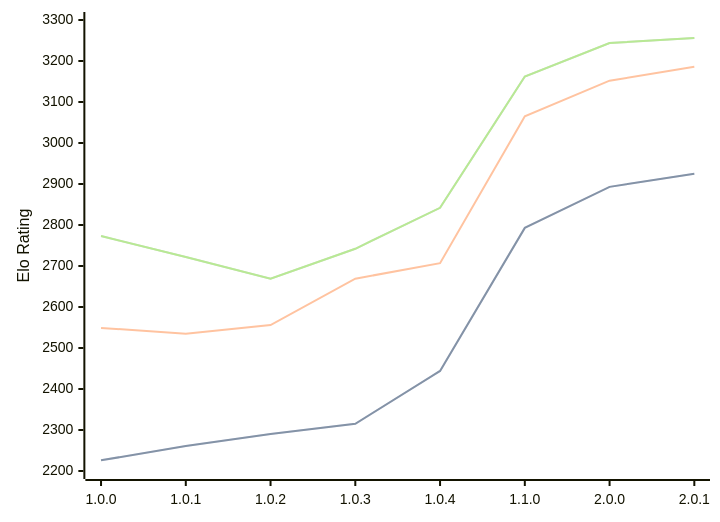
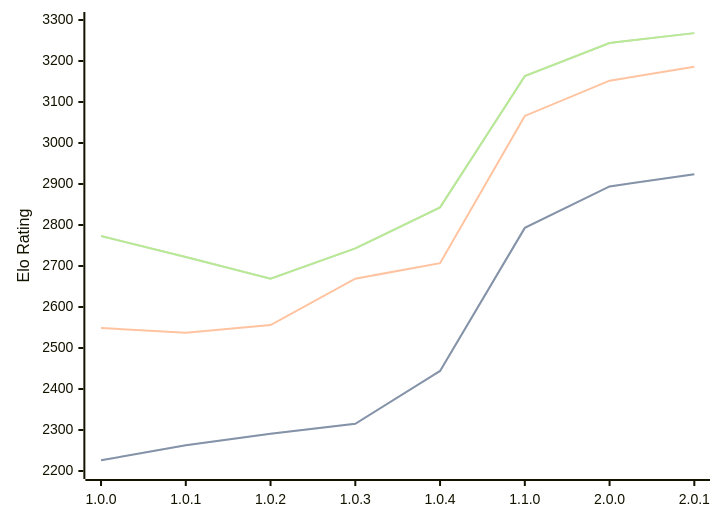
One commit to computer-chess-index/cci changed the third of 3 diagrams in engines/Grail.md. Above: the diagram before and after it, drawn with Mermaid. The commit also changed other lines of this file, not shown here.

Commit message:
Update CCI Ratings (ELO VLTC) - 2026-06-16

````diff
--- a/engines/Grail.md
+++ b/engines/Grail.md
@@ -71,11 +71,11 @@
 ```mermaid
 %%{init: {"theme":"base","themeVariables":{"seriesColors:['#a3a3a3','#222221','#faa371']}}}%%
 xychart-beta
   x-axis ["1.0.0", "1.0.1", "1.0.2", "1.0.3", "1.0.4", "1.1.0", "2.0.0", "2.0.1"]
   y-axis "Elo Rating" 2200 --> 3300
-  line "STC (8.0+0.08s)" [2226, 2261, 2290, 2315, 2444, 2793, 2893, 2925]
-  line "STC (8.0+0.08s)" [2226, 2261, 2290, 2315, 2444, 2793, 2893, 2925]
-  line "LTC (60.0+0.60s)" [2549, 2535, 2556, 2669, 2707, 3065, 3152, 3186]
-  line "VLTC (2m24s+1.12s)" [2773, 2722, 2669, 2742, 2842, 3162, 3244, 3256]
-  line "VLTC (2m24s+1.12s)" [2773, 2722, 2669, 2742, 2842, 3162, 3244, 3256]
+  line "STC (8.0+0.08s)" [2226, 2263, 2291, 2315, 2444, 2793, 2894, 2924]
+  line "STC (8.0+0.08s)" [2226, 2263, 2291, 2315, 2444, 2793, 2894, 2924]
+  line "LTC (60.0+0.60s)" [2549, 2537, 2556, 2669, 2707, 3066, 3152, 3186]
+  line "VLTC (2m24s+1.12s)" [2773, 2722, 2669, 2743, 2843, 3163, 3244, 3268]
+  line "VLTC (2m24s+1.12s)" [2773, 2722, 2669, 2743, 2843, 3163, 3244, 3268]
 ```
````
